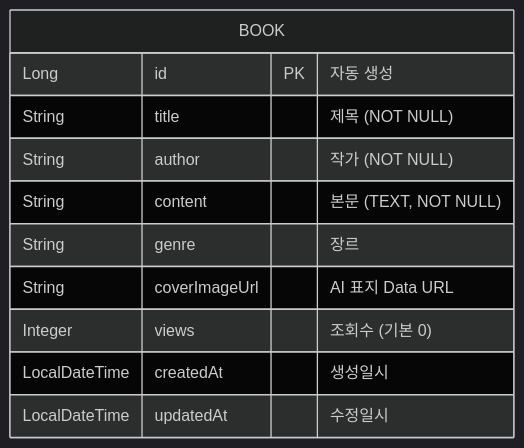
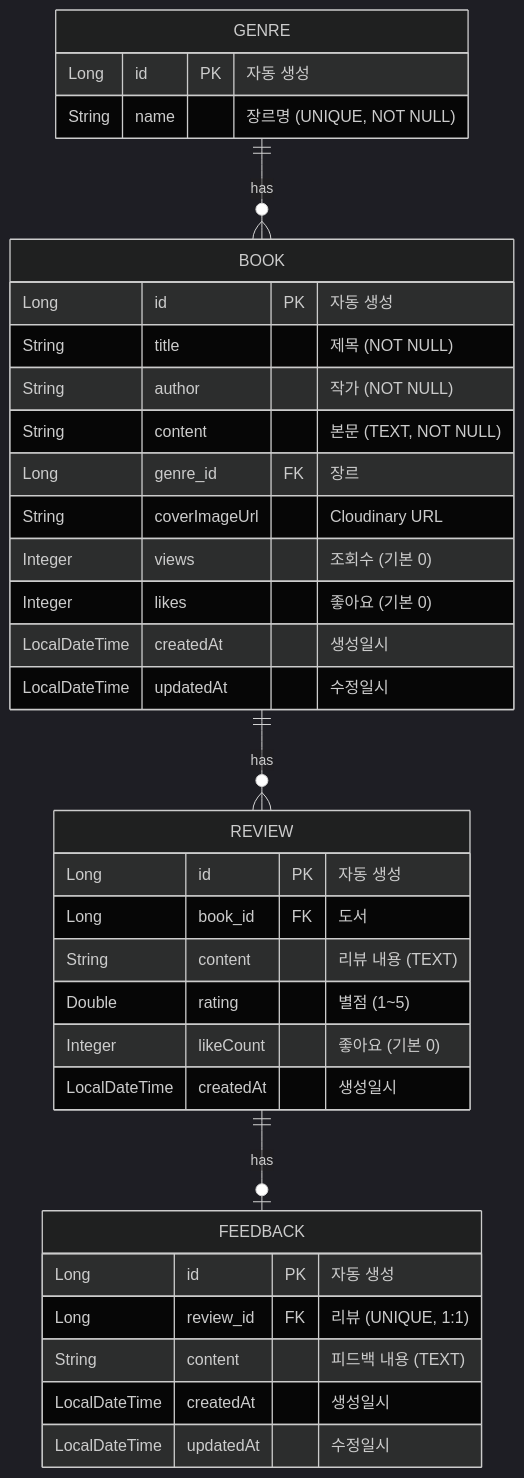
Before and after one commit to minwook-Kang/booksBackend: the third of 4 diagrams in README.md, drawn with Mermaid (dark theme). The commit also changed other lines of this file, not shown here.

````diff
--- a/README.md
+++ b/README.md
@@ -76,14 +102,37 @@
 ```mermaid
 erDiagram
+    GENRE {
+        Long id PK "자동 생성"
+        String name "장르명 (UNIQUE, NOT NULL)"
+    }
     BOOK {
         Long id PK "자동 생성"
         String title "제목 (NOT NULL)"
         String author "작가 (NOT NULL)"
         String content "본문 (TEXT, NOT NULL)"
-        String genre "장르"
-        String coverImageUrl "AI 표지 Data URL"
+        Long genre_id FK "장르"
+        String coverImageUrl "Cloudinary URL"
         Integer views "조회수 (기본 0)"
+        Integer likes "좋아요 (기본 0)"
         LocalDateTime createdAt "생성일시"
         LocalDateTime updatedAt "수정일시"
     }
+    REVIEW {
+        Long id PK "자동 생성"
+        Long book_id FK "도서"
+        String content "리뷰 내용 (TEXT)"
+        Double rating "별점 (1~5)"
+        Integer likeCount "좋아요 (기본 0)"
+        LocalDateTime createdAt "생성일시"
+    }
+    FEEDBACK {
+        Long id PK "자동 생성"
+        Long review_id FK "리뷰 (UNIQUE, 1:1)"
+        String content "피드백 내용 (TEXT)"
+        LocalDateTime createdAt "생성일시"
+        LocalDateTime updatedAt "수정일시"
+    }
+    GENRE ||--o{ BOOK : "has"
+    BOOK ||--o{ REVIEW : "has"
+    REVIEW ||--o| FEEDBACK : "has"
 ```
````
